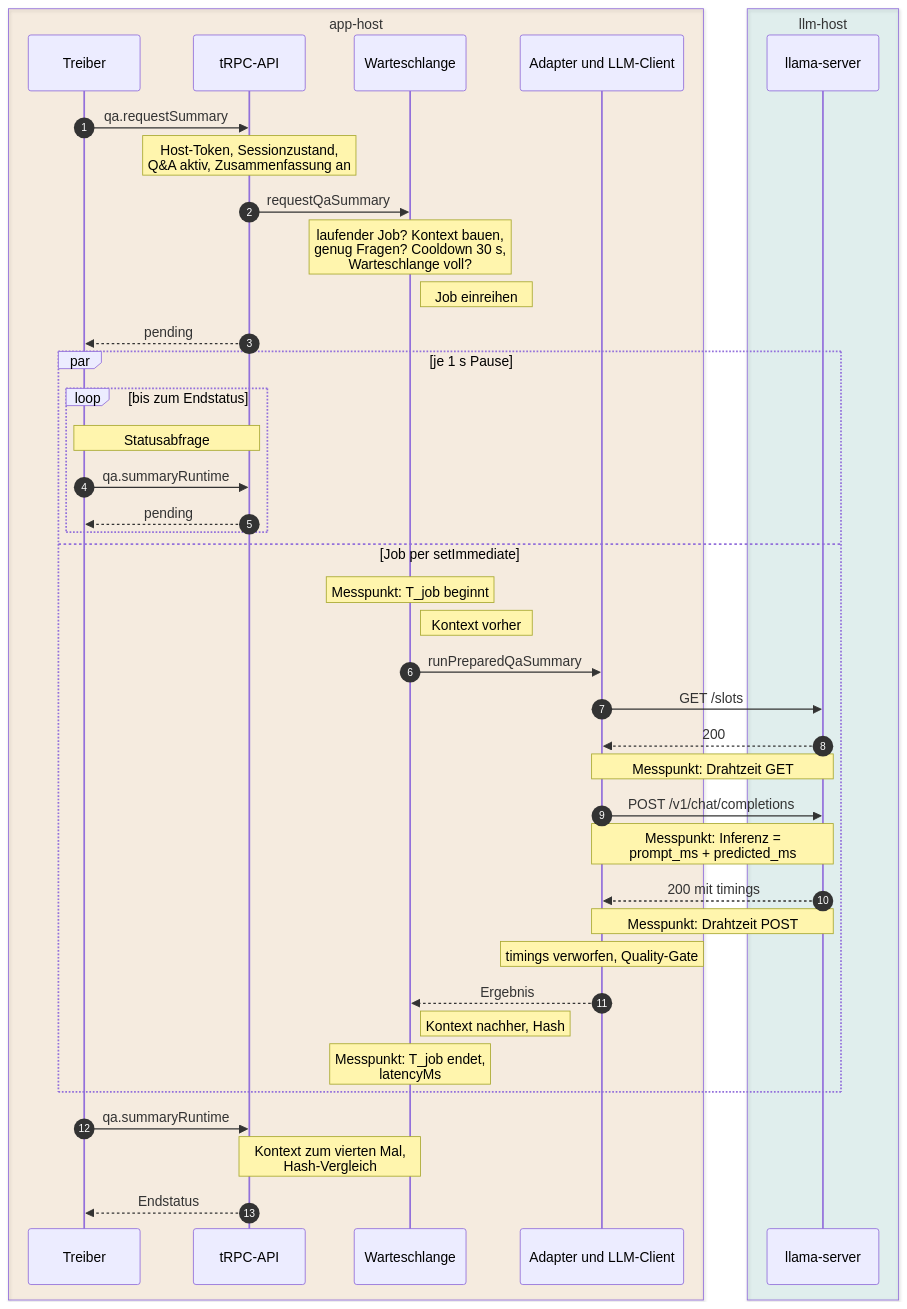
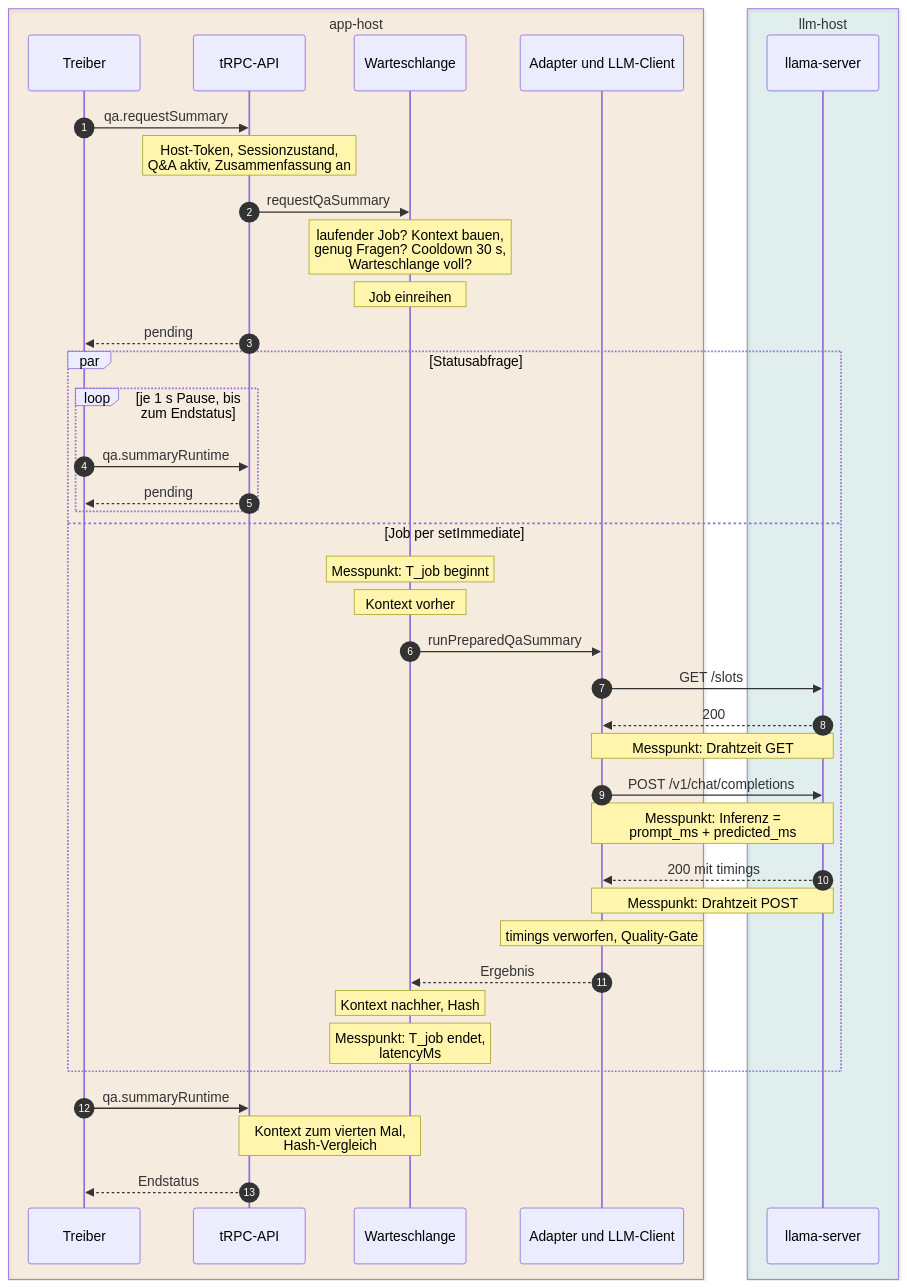
Before and after one commit to NiklasSkulll/arsnova.eu: the diagram in docs/referat-thema-1/diagrams/1b-auftrag-sequenz.mmd, drawn with Mermaid. The commit also changed 6 other files, not shown here.

Commit message:
docs(referat): settle the 1B diagram layout after the third visual review

```diff
--- a/docs/referat-thema-1/diagrams/1b-auftrag-sequenz.mmd
+++ b/docs/referat-thema-1/diagrams/1b-auftrag-sequenz.mmd
@@ -1,52 +1,51 @@
 ---
 config:
   sequence:
     actorMargin: 24
     boxMargin: 9
     noteMargin: 6
     messageMargin: 28
     width: 130
 ---
 sequenceDiagram
   autonumber
   box rgba(217, 119, 6, 0.10) app-host
     participant T as Treiber
     participant A as tRPC-API
     participant Q as Warteschlange
     participant AD as Adapter und LLM-Client
   end
   box rgba(13, 148, 136, 0.10) llm-host
     participant L as llama-server
   end
 
   T->>A: qa.requestSummary
   Note over A: Host-Token, Sessionzustand,<br/>Q&A aktiv, Zusammenfassung an
   A->>Q: requestQaSummary
   Note over Q: laufender Job? Kontext bauen,<br/>genug Fragen? Cooldown 30 s,<br/>Warteschlange voll?
-  Note right of Q: Job einreihen
+  Note over Q: Job einreihen
   A-->>T: pending
-  par je 1 s Pause
-    loop bis zum Endstatus
-      Note over T,A: Statusabfrage
+  par Statusabfrage
+    loop je 1 s Pause, bis zum Endstatus
       T->>A: qa.summaryRuntime
       A-->>T: pending
     end
   and Job per setImmediate
     Note over Q: Messpunkt: T_job beginnt
-    Note right of Q: Kontext vorher
+    Note over Q: Kontext vorher
     Q->>AD: runPreparedQaSummary
     AD->>L: GET /slots
     L-->>AD: 200
     Note over AD,L: Messpunkt: Drahtzeit GET
     AD->>L: POST /v1/chat/completions
     Note over AD,L: Messpunkt: Inferenz =<br/>prompt_ms + predicted_ms
     L-->>AD: 200 mit timings
     Note over AD,L: Messpunkt: Drahtzeit POST
     Note over AD: timings verworfen, Quality-Gate
     AD-->>Q: Ergebnis
-    Note right of Q: Kontext nachher, Hash
+    Note over Q: Kontext nachher, Hash
     Note over Q: Messpunkt: T_job endet,<br/>latencyMs
   end
   T->>A: qa.summaryRuntime
   Note over A,Q: Kontext zum vierten Mal,<br/>Hash-Vergleich
   A-->>T: Endstatus
```
